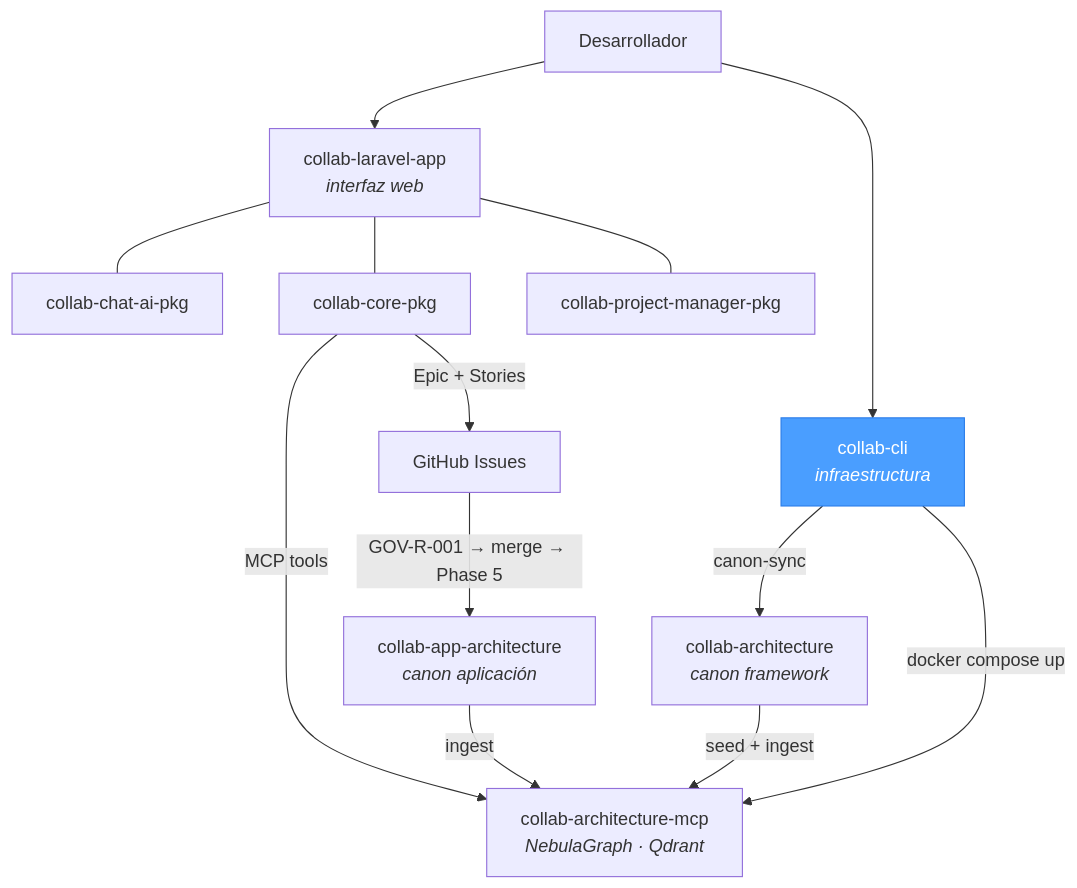
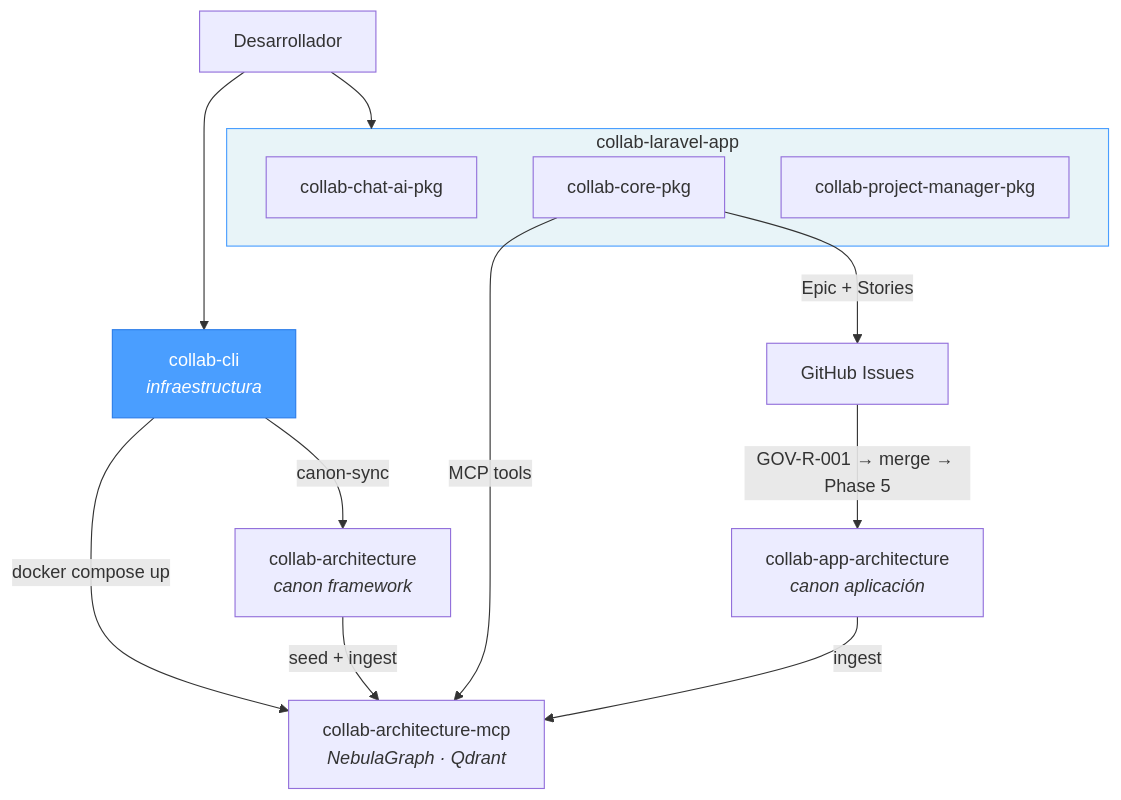
One commit to uxmaltech/collab-cli changed the diagram in README.md. Above: the diagram before and after it, drawn with Mermaid.

Commit message:
docs: mostrar paquetes como subgraph dentro de collab-laravel-app en diagrama Mermaid
Los paquetes collab-core-pkg, collab-chat-ai-pkg y collab-project-manager-pkg
son Composer packages instalados en collab-laravel-app, no servicios separados.
El diagrama ahora los agrupa correctamente usando subgraph.

````diff
--- a/README.md
+++ b/README.md
@@ -7,20 +7,24 @@
 ```mermaid
 graph TD
-    DEV[Desarrollador] --> APP[collab-laravel-app<br><i>interfaz web</i>]
-    DEV --> CLI[collab-cli<br><i>infraestructura</i>]
+    DEV[Desarrollador] --> CLI[collab-cli<br><i>infraestructura</i>]
 
-    APP --- CHAT[collab-chat-ai-pkg]
-    APP --- CORE[collab-core-pkg]
-    APP --- PM[collab-project-manager-pkg]
+    subgraph APP["collab-laravel-app"]
+        CHAT[collab-chat-ai-pkg]
+        CORE[collab-core-pkg]
+        PM[collab-project-manager-pkg]
+    end
+
+    DEV --> APP
 
     CLI -- canon-sync --> CA[collab-architecture<br><i>canon framework</i>]
     CLI -- docker compose up --> MCP[collab-architecture-mcp<br><i>NebulaGraph · Qdrant</i>]
     CA -- seed + ingest --> MCP
 
     CORE -- MCP tools --> MCP
     CORE -- "Epic + Stories" --> GH[GitHub Issues]
     GH -- "GOV-R-001 → merge → Phase 5" --> BCA[collab-app-architecture<br><i>canon aplicación</i>]
     BCA -- ingest --> MCP
 
     style CLI fill:#4a9eff,stroke:#2b7de9,color:#fff
+    style APP fill:#e8f4f8,stroke:#4a9eff
 ```
````
